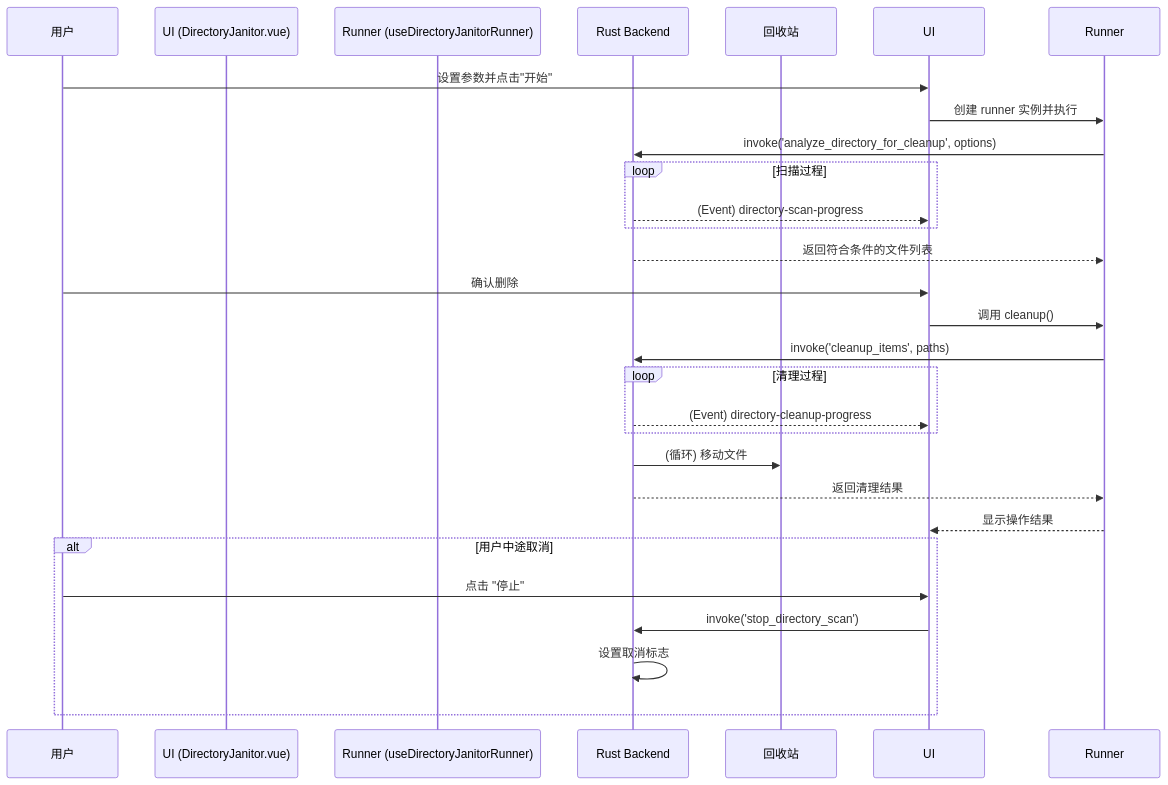
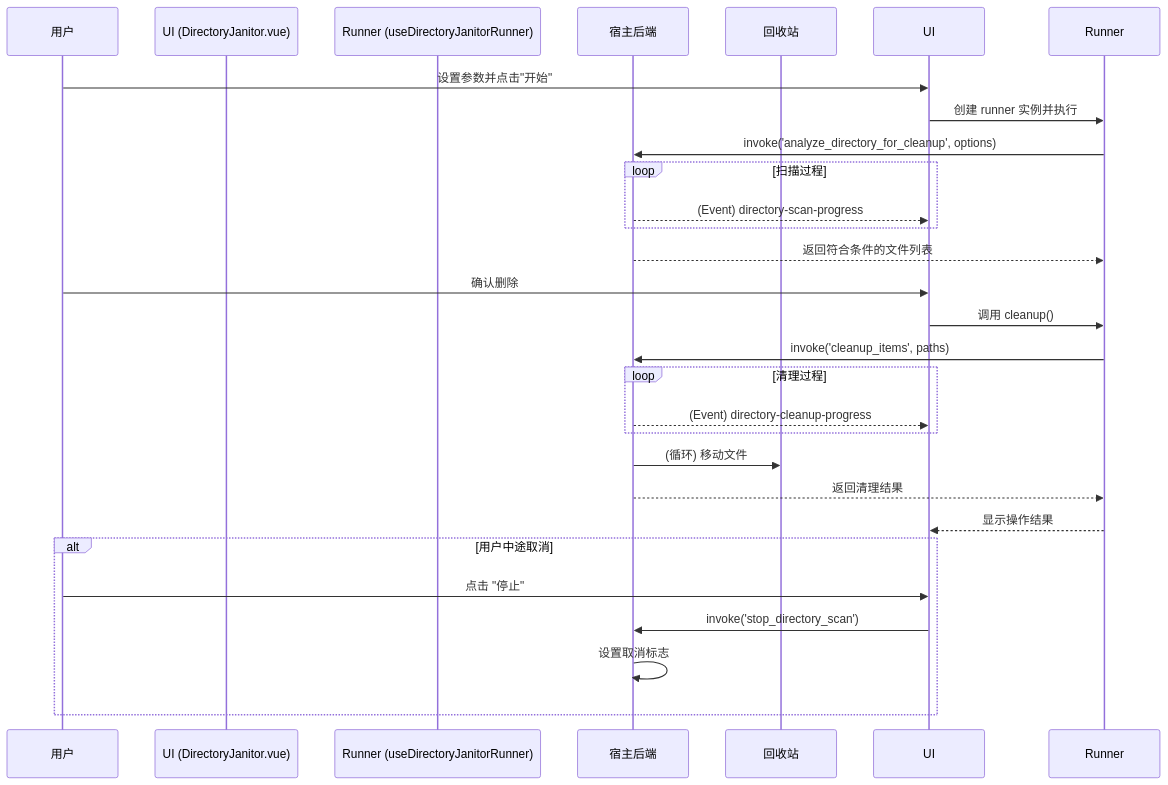
Before and after one commit to miaotouy/aio-hub: the diagram in src/tools/directory-janitor/ARCHITECTURE.md, drawn with Mermaid. The commit also changed other lines of this file and 29 other files, not shown here.

````diff
--- a/src/tools/directory-janitor/ARCHITECTURE.md
+++ b/src/tools/directory-janitor/ARCHITECTURE.md
@@ -47,37 +47,37 @@
 ```mermaid
 sequenceDiagram
     participant User as 用户
     participant UI (DirectoryJanitor.vue)
     participant Runner (useDirectoryJanitorRunner)
-    participant Rust as Rust Backend
+    participant Host as 宿主后端
     participant Trash as 回收站
 
     User->>UI: 设置参数并点击"开始"
     UI->>Runner: 创建 runner 实例并执行
-    Runner->>Rust: invoke('analyze_directory_for_cleanup', options)
+    Runner->>Host: invoke('analyze_directory_for_cleanup', options)
 
     loop 扫描过程
-        Rust-->>UI: (Event) directory-scan-progress
+        Host-->>UI: (Event) directory-scan-progress
     end
 
-    Rust-->>Runner: 返回符合条件的文件列表
+    Host-->>Runner: 返回符合条件的文件列表
 
     User->>UI: 确认删除
     UI->>Runner: 调用 cleanup()
-    Runner->>Rust: invoke('cleanup_items', paths)
+    Runner->>Host: invoke('cleanup_items', paths)
 
     loop 清理过程
-        Rust-->>UI: (Event) directory-cleanup-progress
+        Host-->>UI: (Event) directory-cleanup-progress
     end
 
-    Rust->>Trash: (循环) 移动文件
-    Rust-->>Runner: 返回清理结果
+    Host->>Trash: (循环) 移动文件
+    Host-->>Runner: 返回清理结果
 
     Runner-->>UI: 显示操作结果
 
     alt 用户中途取消
         User->>UI: 点击 "停止"
-        UI->>Rust: invoke('stop_directory_scan')
-        Rust->>Rust: 设置取消标志
+        UI->>Host: invoke('stop_directory_scan')
+        Host->>Host: 设置取消标志
     end
 ```
````
